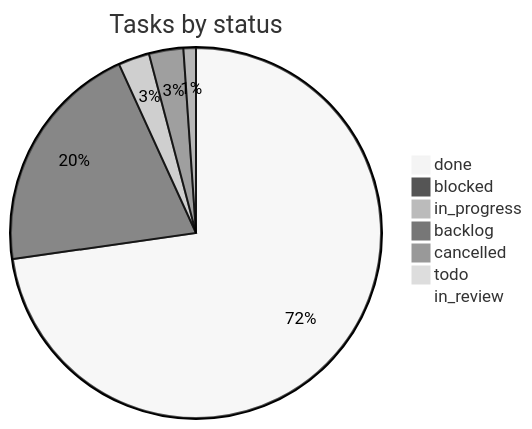
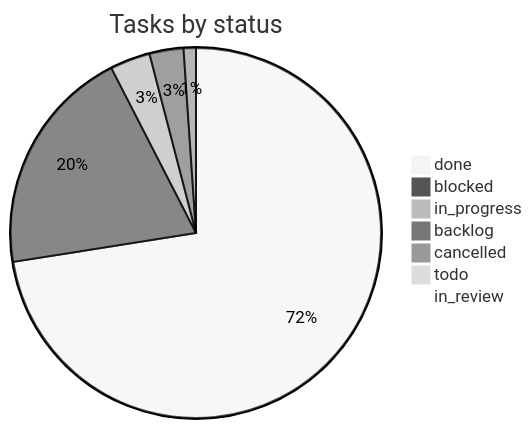
One commit to vulcanflow/docs changed the second of 2 diagrams in PROGRESS.md. Above: the diagram before and after it, drawn with Mermaid (neutral theme). The commit also changed other lines of this file and 1 other file, not shown here.

Commit message:
progress: 2 deliveries (VFL-468, VFL-472), 2 status changes, 5 new tasks (VFL-471, VFL-472, VFL-474-476) (#115)

````diff
--- a/PROGRESS.md
+++ b/PROGRESS.md
@@ -58,10 +58,10 @@
 ```mermaid
 pie title Tasks by status
-  "done" : 267
-  "blocked" : 75
-  "in_progress" : 10
+  "done" : 269
+  "blocked" : 74
+  "in_progress" : 13
   "backlog" : 11
   "cancelled" : 4
-  "todo" : 2
+  "todo" : 3
   "in_review" : 1
 ```
````
